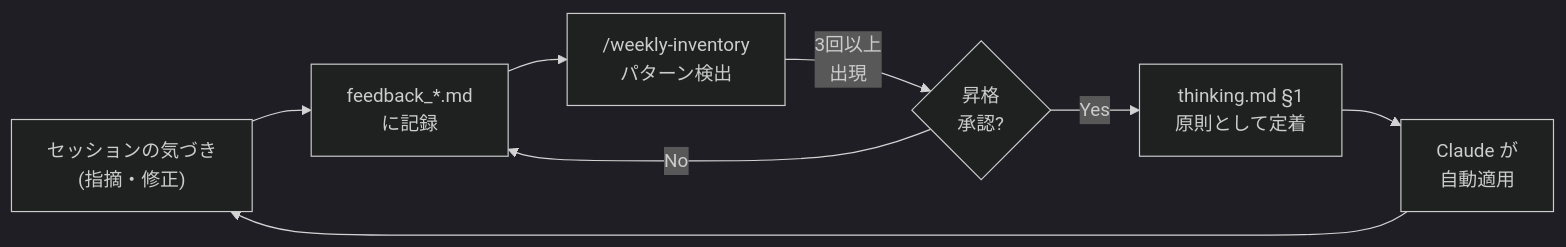
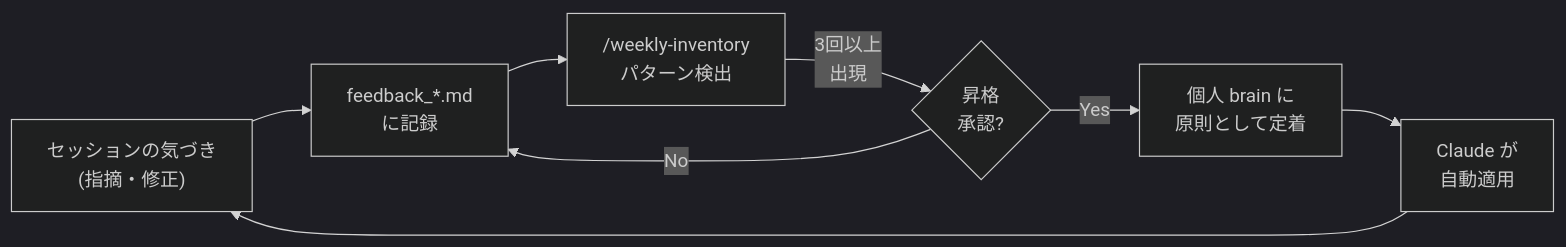
Before and after one commit to SideMountain/claude-code-sidekick: the second of 5 diagrams in README.ja.md, drawn with Mermaid (dark theme). The commit also changed other lines of this file and 1 other file, not shown here.

````diff
--- a/README.ja.md
+++ b/README.ja.md
@@ -202,10 +178,10 @@
 ```mermaid
 flowchart LR
     S["セッションの気づき<br/>(指摘・修正)"] --> F["feedback_*.md<br/>に記録"]
     F --> P["/weekly-inventory<br/>パターン検出"]
     P -->|"3回以上<br/>出現"| C{"昇格<br/>承認?"}
-    C -->|"Yes"| T["thinking.md §1<br/>原則として定着"]
+    C -->|"Yes"| T["個人 brain に<br/>原則として定着"]
     C -->|"No"| F
     T --> A["Claude が<br/>自動適用"]
     A --> S
 ```
````
